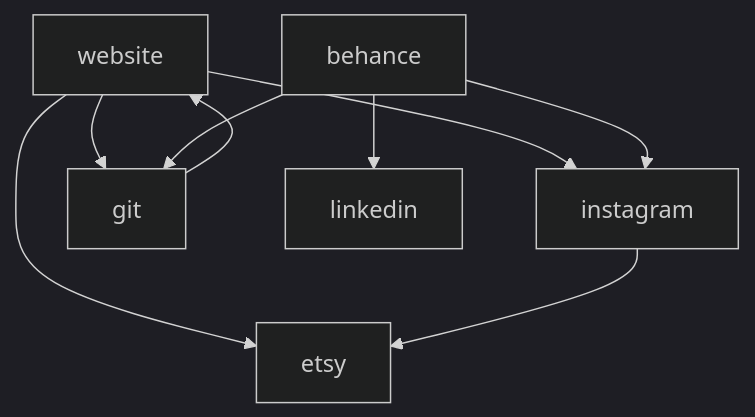
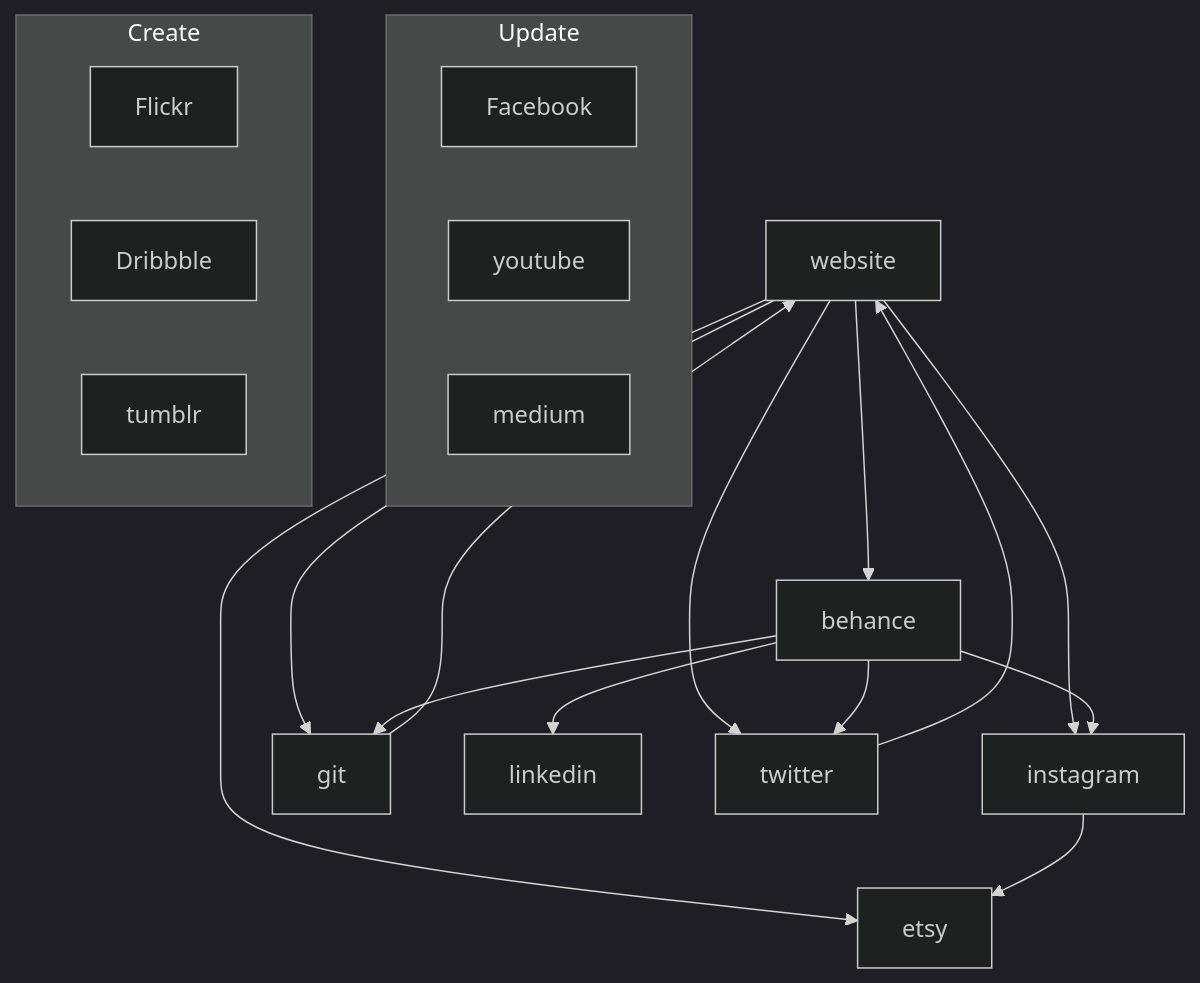
The diagram in SocialMedia.md (draganradu/projectVinylduckyNL), drawn with Mermaid (dark theme) before and after one commit. The commit also changed 2 other files, not shown here.

Commit message:
ECBGI-109-Social

````diff
--- a/SocialMedia.md
+++ b/SocialMedia.md
@@ -4,24 +4,42 @@
 ```mermaid
 graph TB
 
 website
 instagram
 etsy
 git
 behance
 linkedin
+twitter
 
 
 website --> etsy
 website --> instagram
 website --> git
+website --> behance
+website --> twitter
 
 instagram --> etsy
 
 behance --> linkedin
 behance --> instagram
 behance --> git
+behance --> twitter
 
 git --> website
 
+twitter --> website
+
+    subgraph Update
+        Facebook
+        youtube
+        medium
+    end
+
+    subgraph Create
+        Flickr
+        Dribbble
+        youtube
+        tumblr
+    end
 ```
````
